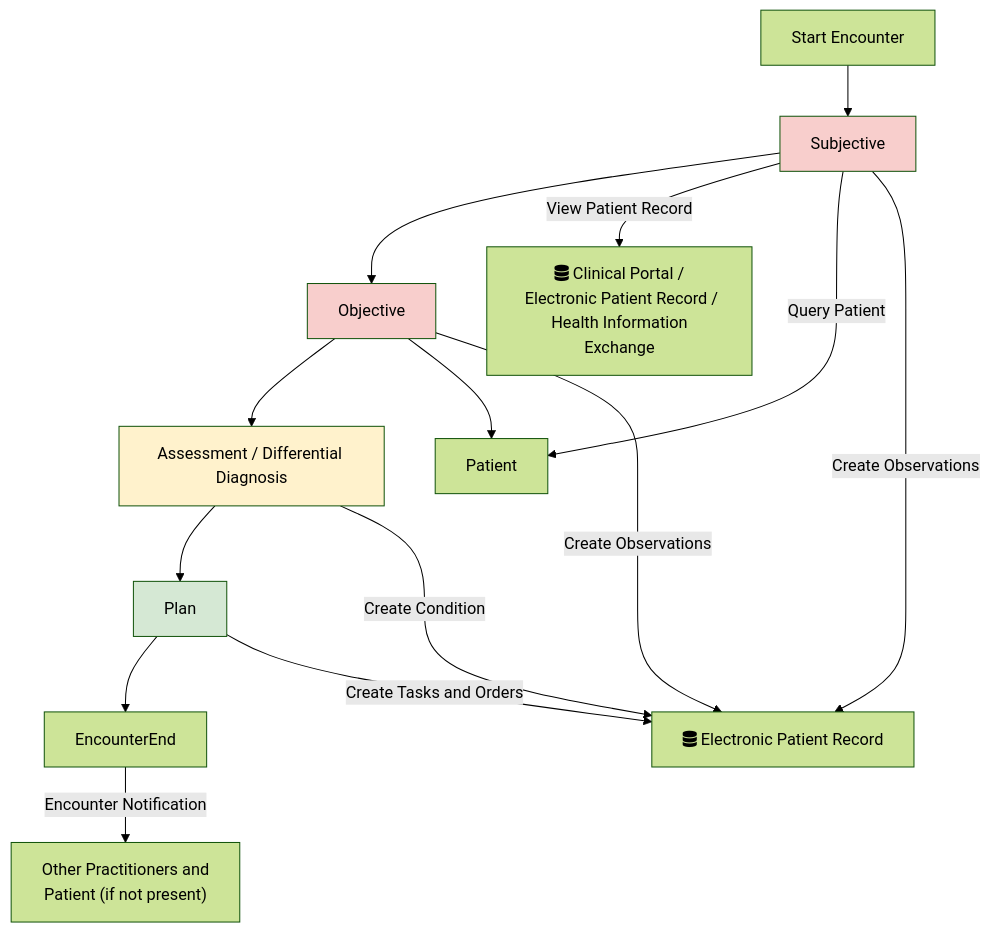
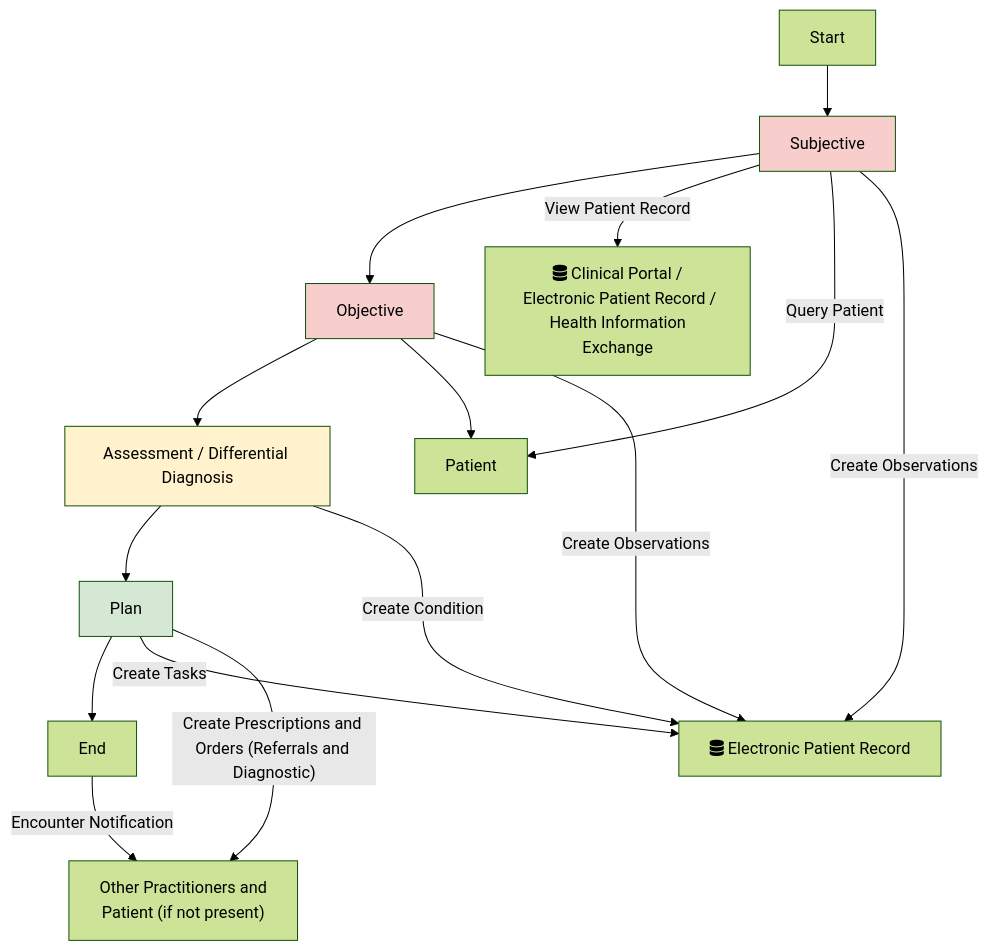
Before and after one commit to Virtually-Healthcare/virtually-healthcare.github.com: the second of 2 diagrams in input/pagecontent/index.md, drawn with Mermaid (forest theme).

Commit message:
ADPIE elab

````diff
--- a/input/pagecontent/index.md
+++ b/input/pagecontent/index.md
@@ -119,28 +119,29 @@
 ```mermaid
 graph TD;
-    EncounterStart[Start Encounter] --> Subjective
+    Start[Start] --> Subjective
     Subjective --> Objective 
     Objective --> Assessment 
     Assessment[Assessment / Differential Diagnosis] --> Plan 
-    Plan --> EncounterEnd
+    Plan --> End
     Subjective --> |View Patient Record| HIE[fas:fa-database Clinical Portal /<br/> Electronic Patient Record /<br/> Health Information Exchange] 
-    EncounterEnd --> |Encounter Notification| Other["Other Practitioners and <br/>Patient (if not present)"]
+    End --> |Encounter Notification| Other["Other Practitioners and <br/>Patient (if not present)"]
     Subjective --> |Query Patient| Patient
     Objective --> Patient 
 
     Subjective --> |Create Observations| EPR[fas:fa-database Electronic Patient Record] 
     Objective --> |Create Observations| EPR[fas:fa-database Electronic Patient Record] 
     Assessment --> |Create Condition| EPR[fas:fa-database Electronic Patient Record] 
-    Plan --> |Create Tasks and Orders| EPR[fas:fa-database Electronic Patient Record] 
+    Plan --> |Create Tasks| EPR[fas:fa-database Electronic Patient Record] 
+    Plan --> |"Create Prescriptions and Orders (Referrals and Diagnostic)"| Other
 
     classDef yellow fill:#FFF2CC;
     classDef pink fill:#F8CECC
     classDef green fill:#D5E8D4;
     classDef blue fill:#DAE8FC;
     classDef orange fill:#FFE6CC;
 
     class Subjective pink
     class Objective pink
     class Assessment yellow
     class Plan green
 ```
````
